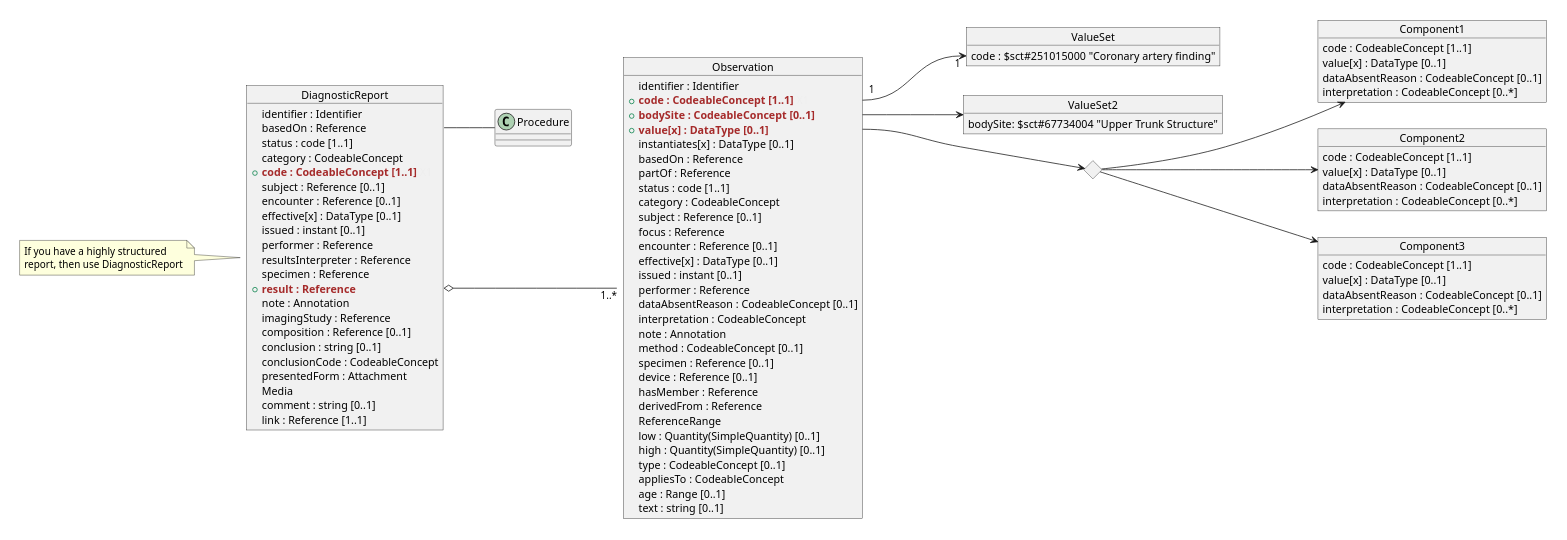
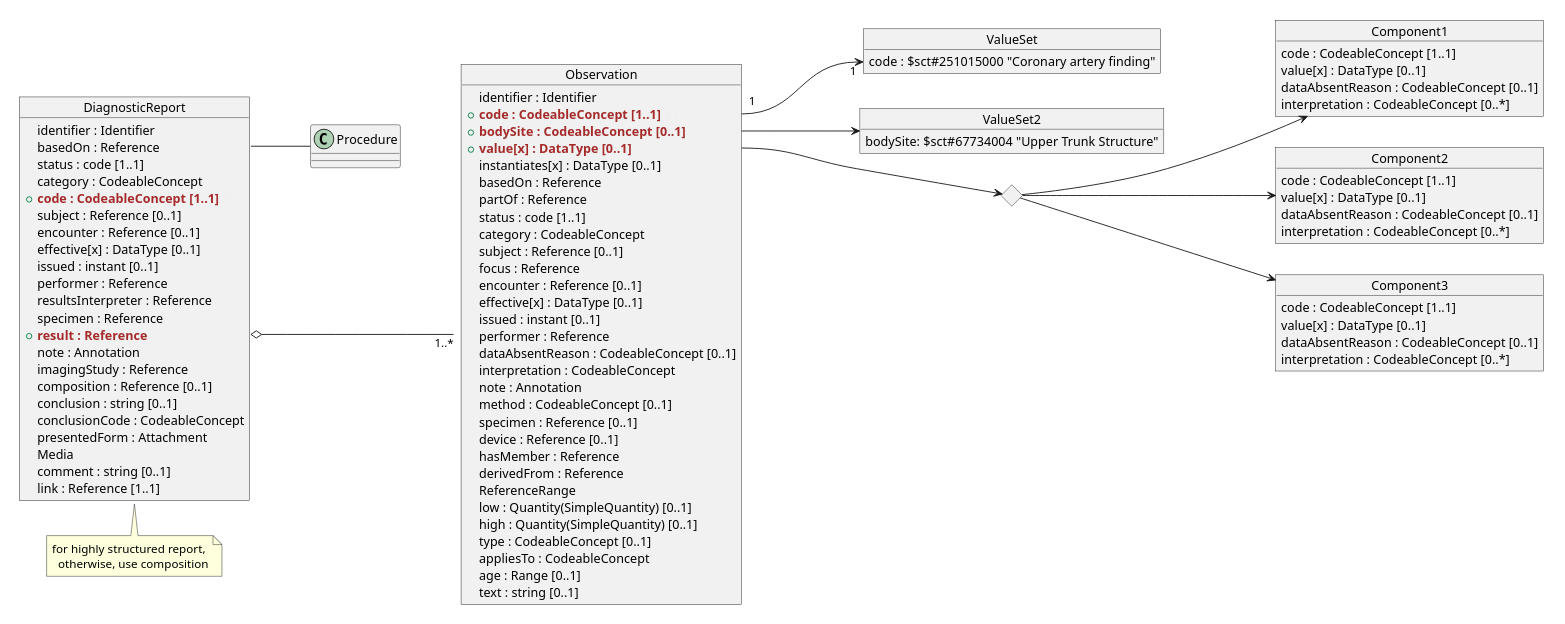
Before and after one commit to xmiao/AI.interoperability: the diagram in images-source/doc.puml, drawn with PlantUML.

```diff
--- a/images-source/doc.puml
+++ b/images-source/doc.puml
@@ -1,123 +1,123 @@
 @startuml PERT
 'https://plantuml.com/object-diagram
 
 scale 800 width
 hide @unlinked
 
 
 left to right direction
 
 object DiagnosticReport {
     identifier : Identifier
     basedOn : Reference
     status : code [1..1]
     category : CodeableConcept
   + <b><color brown>code : CodeableConcept [1..1]</color></b> <color #eee>X1</color>
     subject : Reference [0..1]
     encounter : Reference [0..1]
     effective[x] : DataType [0..1]
     issued : instant [0..1]
     performer : Reference
     resultsInterpreter : Reference
     specimen : Reference
   + <b><color brown>result : Reference</color></b>
     note : Annotation
     imagingStudy : Reference
     composition : Reference [0..1]
     conclusion : string [0..1]
     conclusionCode : CodeableConcept
     presentedForm : Attachment
     Media
     comment : string [0..1]
     link : Reference [1..1]
 }
-note left
-    If you have a highly structured
-    report, then use DiagnosticReport
+note bottom
+  for highly structured report,
+    otherwise, use composition
 end note
 
 DiagnosticReport::basedOn -- Procedure
 
 object ImagingStudy{
 
 }
 
 
 object Observation{
     identifier : Identifier
   +  <b><color brown>code : CodeableConcept [1..1]</color></b> <color #eee>X1</color>
   +  <b><color brown>bodySite : CodeableConcept [0..1]</color></b>
   +  <b><color brown>value[x] : DataType [0..1]</color></b>
     instantiates[x] : DataType [0..1]
     basedOn : Reference
     partOf : Reference
     status : code [1..1]
     category : CodeableConcept
     subject : Reference [0..1]
     focus : Reference
     encounter : Reference [0..1]
     effective[x] : DataType [0..1]
     issued : instant [0..1]
     performer : Reference
     dataAbsentReason : CodeableConcept [0..1]
     interpretation : CodeableConcept
     note : Annotation
     method : CodeableConcept [0..1]
     specimen : Reference [0..1]
     device : Reference [0..1]
     hasMember : Reference
     derivedFrom : Reference
     ReferenceRange
     low : Quantity(SimpleQuantity) [0..1]
     high : Quantity(SimpleQuantity) [0..1]
     type : CodeableConcept [0..1]
     appliesTo : CodeableConcept
     age : Range [0..1]
     text : string [0..1]
 }
 
 
 object BodySite {
 
 }
 
 object Component1 {
     code : CodeableConcept [1..1]
     value[x] : DataType [0..1]
     dataAbsentReason : CodeableConcept [0..1]
     interpretation : CodeableConcept [0..*]
 }
 
 object Component2 {
     code : CodeableConcept [1..1]
     value[x] : DataType [0..1]
     dataAbsentReason : CodeableConcept [0..1]
     interpretation : CodeableConcept [0..*]
 }
 
 object Component3 {
     code : CodeableConcept [1..1]
     value[x] : DataType [0..1]
     dataAbsentReason : CodeableConcept [0..1]
     interpretation : CodeableConcept [0..*]
 }
 
 object ValueSet {
     code : $sct#251015000 "Coronary artery finding"
 }
 
 <> d1
 
 object ValueSet2{
     bodySite: $sct#67734004 "Upper Trunk Structure"
 }
 
 DiagnosticReport::result o--- "1..*" Observation
 Observation::X1 "1" ---> "1" ValueSet::code
 Observation::bodySite ---> ValueSet2
 Observation::value ---> d1
 d1 ---> Component1
 d1 ---> Component2
 d1 ---> Component3
 
 @enduml
```
